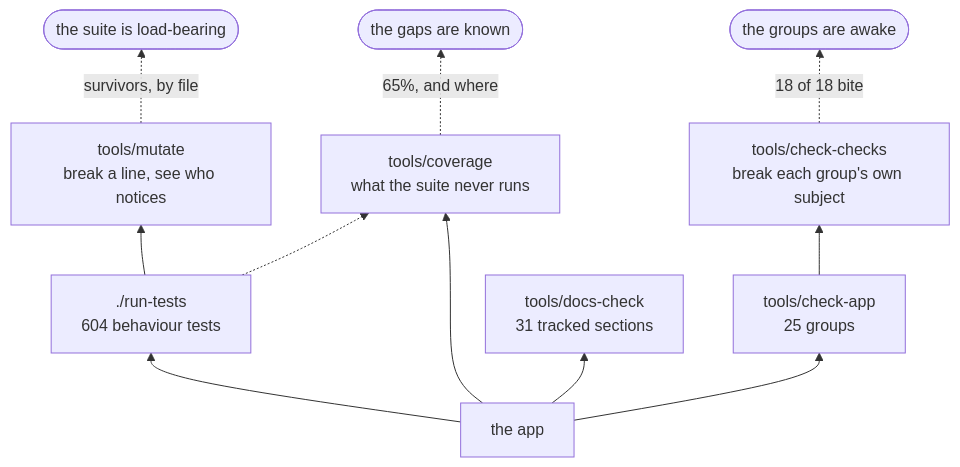
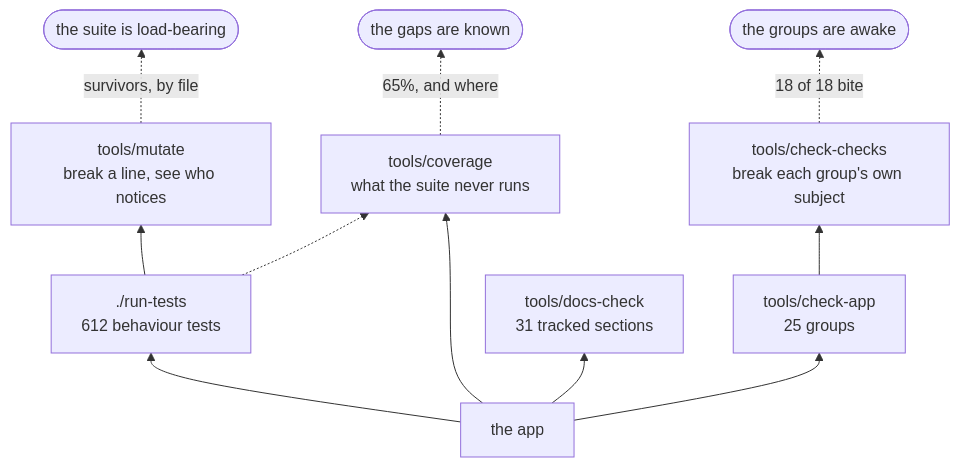
One commit to minormending/crystal-pilot-mobile changed the second of 2 diagrams in docs/DEVELOPING.md. Above: the diagram before and after it, drawn with Mermaid. The commit also changed other lines of this file and 1 other file, not shown here.

````diff
--- a/docs/DEVELOPING.md
+++ b/docs/DEVELOPING.md
@@ -124,13 +124,13 @@
 ```mermaid
 flowchart BT
-    C["the app"] --> T["./run-tests<br/>604 behaviour tests"]
+    C["the app"] --> T["./run-tests<br/>612 behaviour tests"]
     C --> A["tools/check-app<br/>25 groups"]
     C --> D["tools/docs-check<br/>31 tracked sections"]
     C --> V["tools/coverage<br/>what the suite never runs"]
     T --> M["tools/mutate<br/>break a line, see who notices"]
     A --> K["tools/check-checks<br/>break each group's own subject"]
     T -.-> V
     M -.->|"survivors, by file"| R(["the suite is load-bearing"])
     K -.->|"18 of 18 bite"| R2(["the groups are awake"])
     V -.->|"65%, and where"| R3(["the gaps are known"])
 ```
````
